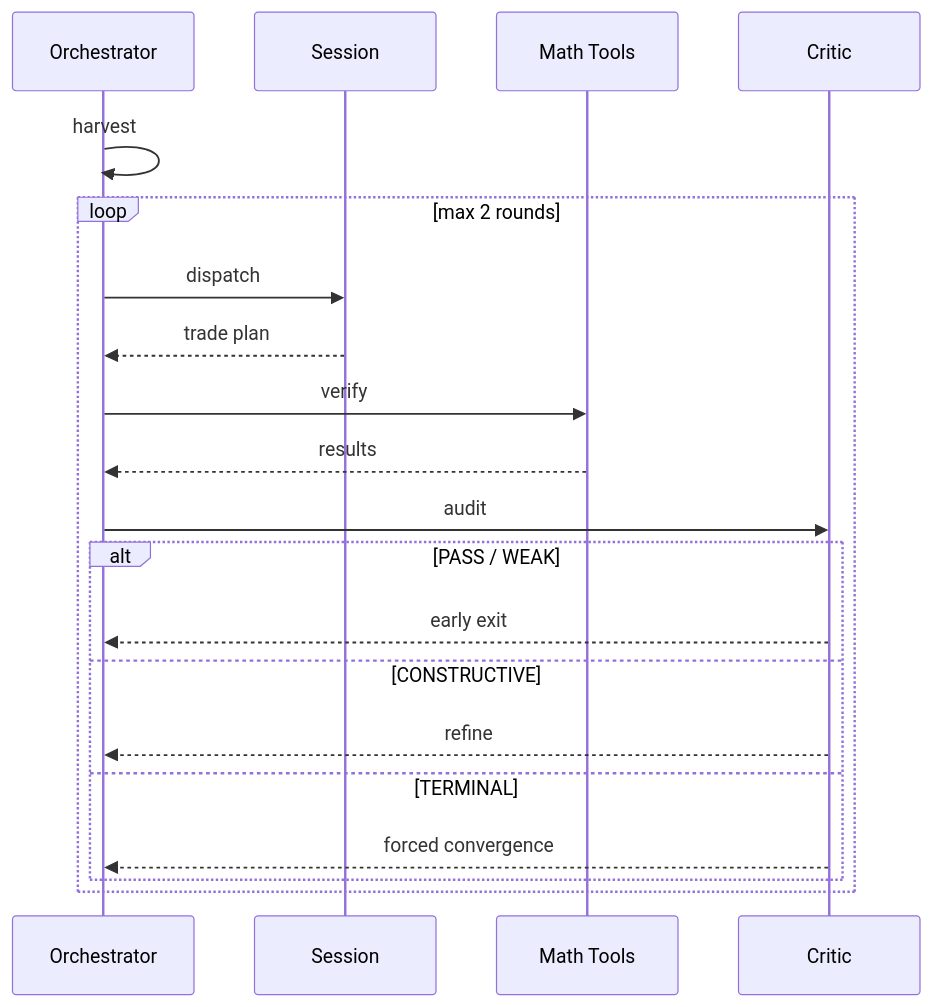
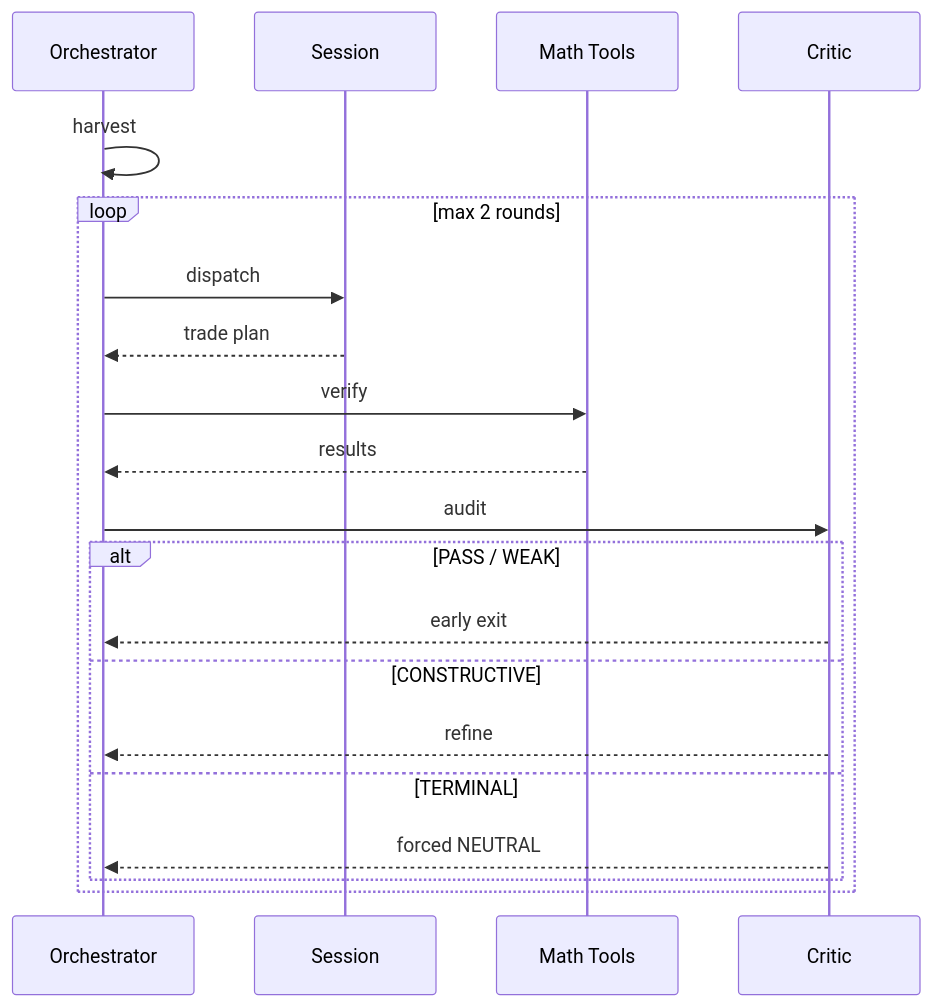
The second of 4 diagrams in .claude/skills/update-readme/SKILL.md (jiangyang5157/binary-star), drawn with Mermaid before and after one commit. The commit also changed other lines of this file and 3 other files, not shown here.

Commit message:
refactor: replace forced convergence with NEUTRAL override for unresolved TERMINAL verdicts in debate protocol

````diff
--- a/.claude/skills/update-readme/SKILL.md
+++ b/.claude/skills/update-readme/SKILL.md
@@ -185,23 +185,23 @@
 ```mermaid
 sequenceDiagram
     participant BSO as Orchestrator
     participant S as Session
     participant M as Math Tools
     participant C as Critic
 
     BSO->>BSO: harvest
     loop max 2 rounds
         BSO->>S: dispatch
         S-->>BSO: trade plan
         BSO->>M: verify
         M-->>BSO: results
         BSO->>C: audit
         alt PASS / WEAK
             C-->>BSO: early exit
         else CONSTRUCTIVE
             C-->>BSO: refine
         else TERMINAL
-            C-->>BSO: forced convergence
+            C-->>BSO: forced NEUTRAL
         end
     end
 ```
````
